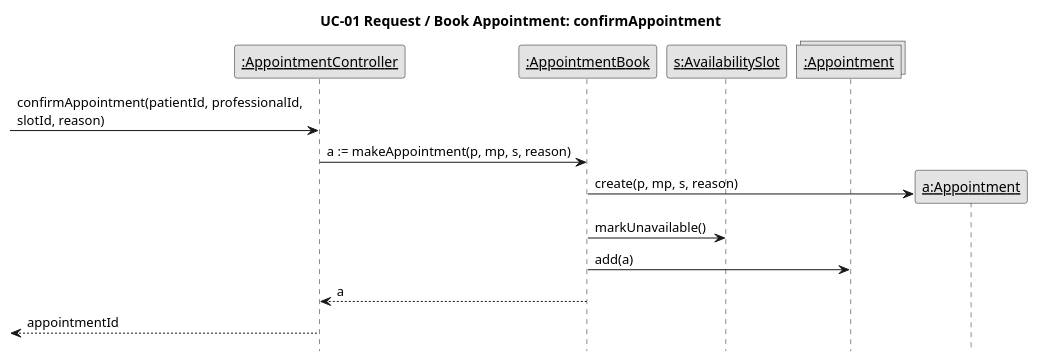
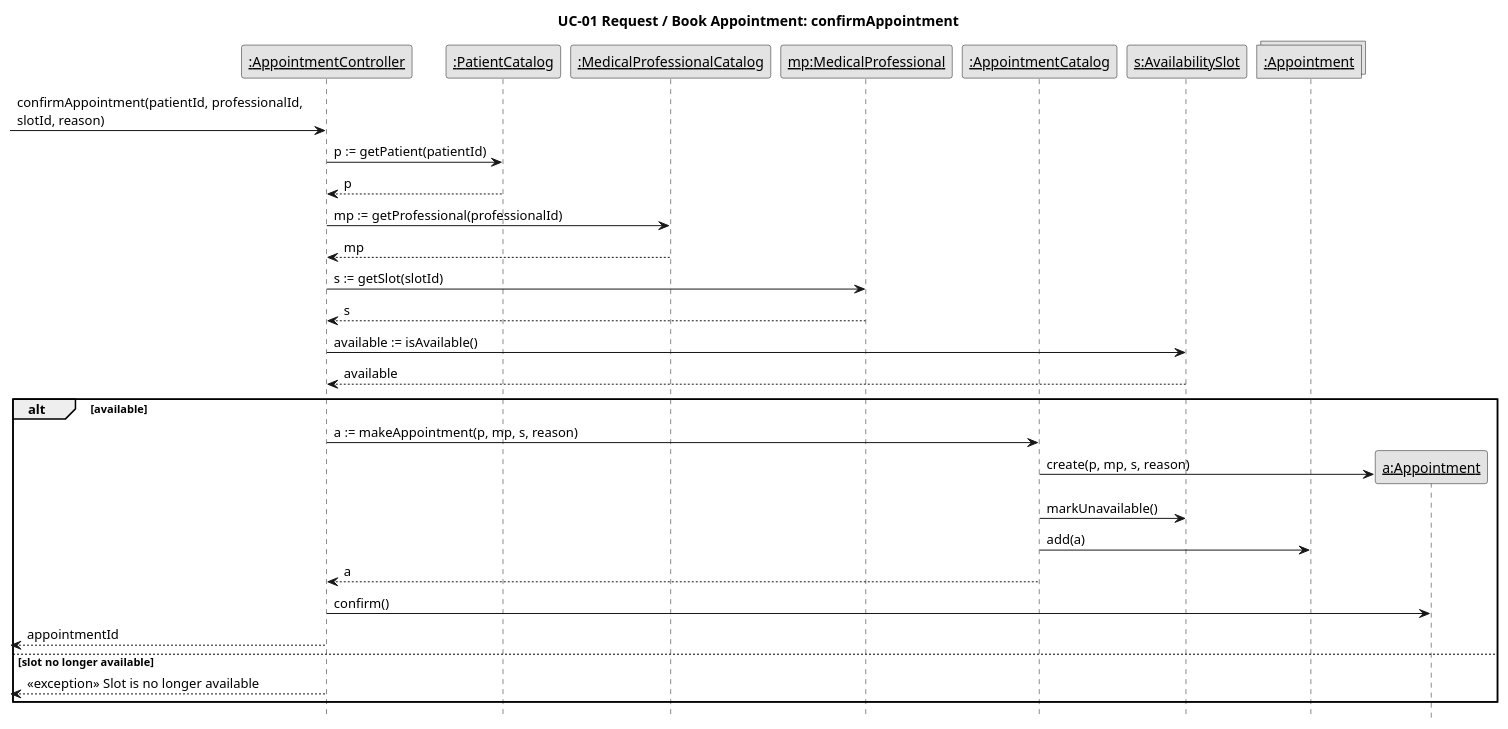
The diagram in Iteration2/InteractionDiagrams/SD_UC01c_confirmAppointment.puml (oumaymabennamoun/SOEN342-project), drawn with PlantUML before and after one commit. The commit also changed 11 other files, not shown here.

Commit message:
Update class diagram and sequence diagrams for Iteration 2 to match them

```diff
--- a/Iteration2/InteractionDiagrams/SD_UC01c_confirmAppointment.puml
+++ b/Iteration2/InteractionDiagrams/SD_UC01c_confirmAppointment.puml
@@ -1,22 +1,38 @@
 @startuml
 skinparam monochrome true
 skinparam shadowing false
 skinparam defaultFontName Arial
 skinparam sequenceMessageAlign left
 hide footbox
 title UC-01 Request / Book Appointment: confirmAppointment
 
 participant "<u>:AppointmentController</u>" as Ctrl
-participant "<u>:AppointmentBook</u>" as AB
+participant "<u>:PatientCatalog</u>" as PC
+participant "<u>:MedicalProfessionalCatalog</u>" as ProfC
+participant "<u>mp:MedicalProfessional</u>" as MP
+participant "<u>:AppointmentCatalog</u>" as AC
 participant "<u>s:AvailabilitySlot</u>" as S
 collections "<u>:Appointment</u>" as As
 
 [-> Ctrl : confirmAppointment(patientId, professionalId,\nslotId, reason)
-Ctrl -> AB : a := makeAppointment(p, mp, s, reason)
-create "<u>a:Appointment</u>" as Ap
-AB -> Ap : create(p, mp, s, reason)
-AB -> S : markUnavailable()
-AB -> As : add(a)
-AB --> Ctrl : a
-[<-- Ctrl : appointmentId
+Ctrl -> PC : p := getPatient(patientId)
+PC --> Ctrl : p
+Ctrl -> ProfC : mp := getProfessional(professionalId)
+ProfC --> Ctrl : mp
+Ctrl -> MP : s := getSlot(slotId)
+MP --> Ctrl : s
+Ctrl -> S : available := isAvailable()
+S --> Ctrl : available
+alt available
+  Ctrl -> AC : a := makeAppointment(p, mp, s, reason)
+  create "<u>a:Appointment</u>" as Ap
+  AC -> Ap : create(p, mp, s, reason)
+  AC -> S : markUnavailable()
+  AC -> As : add(a)
+  AC --> Ctrl : a
+  Ctrl -> Ap : confirm()
+  [<-- Ctrl : appointmentId
+else slot no longer available
+  [<-- Ctrl : <<exception>> Slot is no longer available
+end
 @enduml
```
